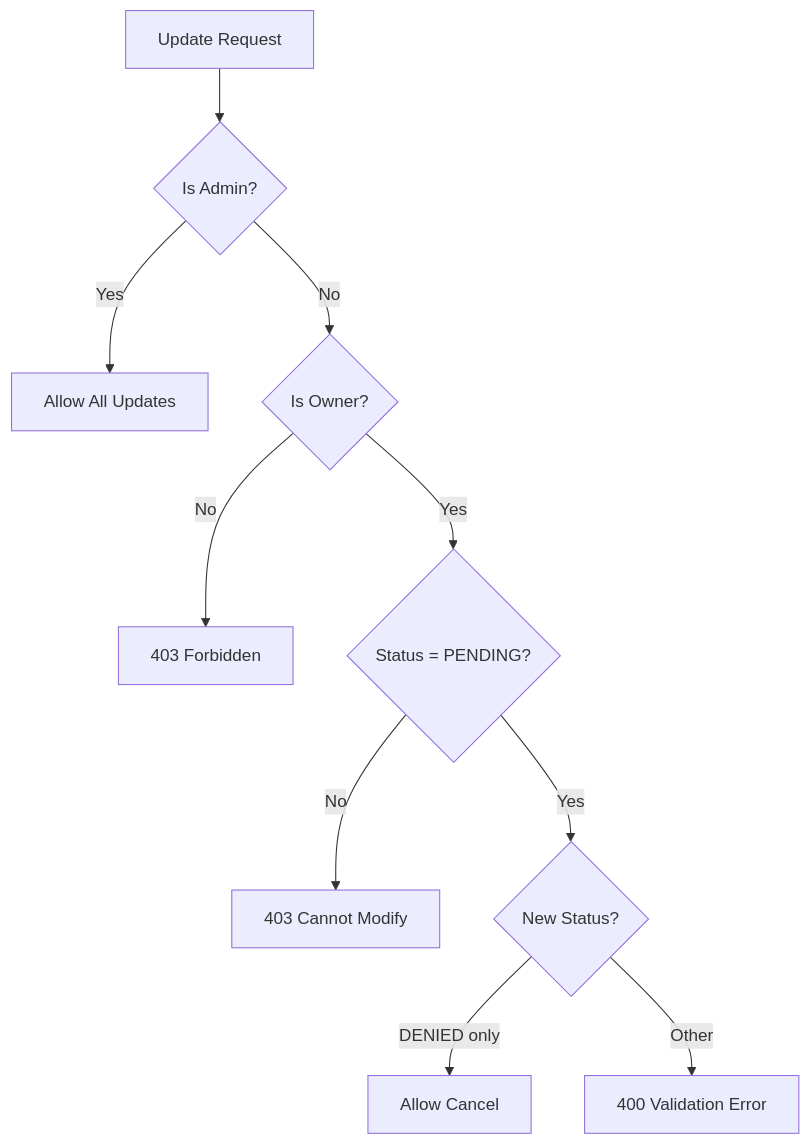
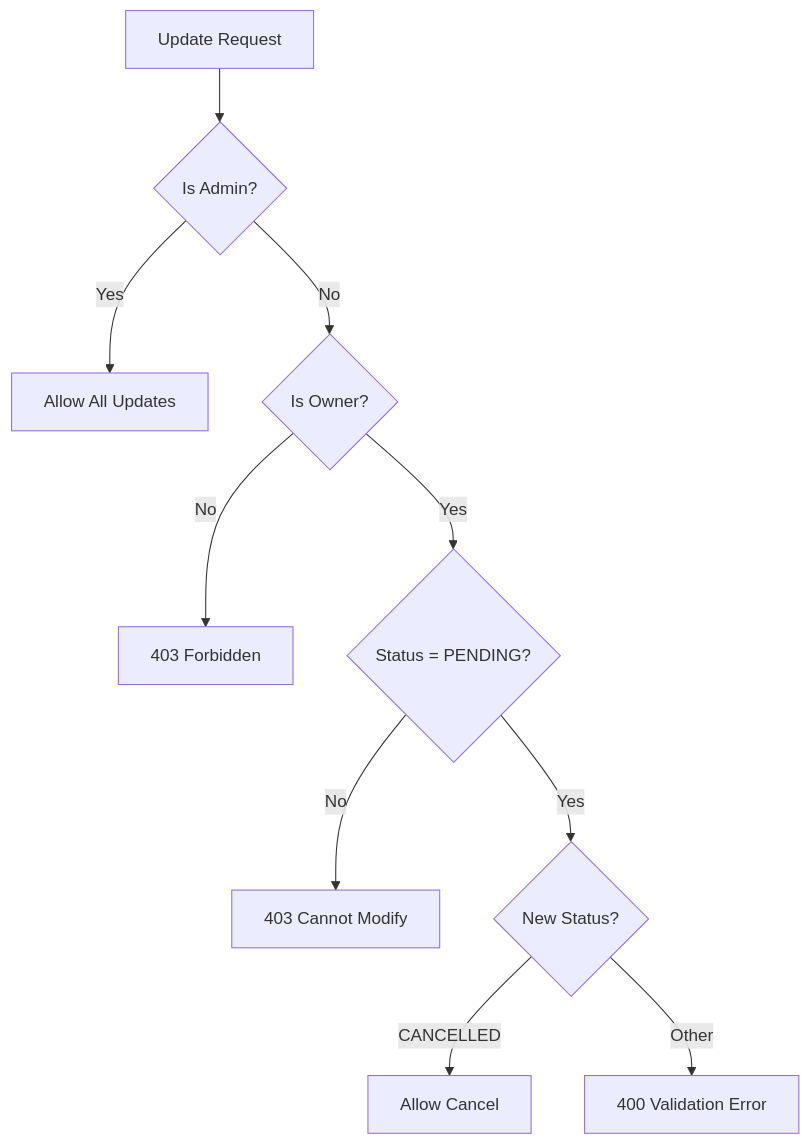
Before and after one commit to AKTK-Bystrze/Magazyn: the third of 3 diagrams in documentation/flows/reservation-flow.md, drawn with Mermaid. The commit also changed other lines of this file and 19 other files, not shown here.

````diff
--- a/documentation/flows/reservation-flow.md
+++ b/documentation/flows/reservation-flow.md
@@ -151,12 +148,12 @@
 ```mermaid
 flowchart TD
     A[Update Request] --> B{Is Admin?}
     B -->|Yes| C[Allow All Updates]
     B -->|No| D{Is Owner?}
     D -->|No| E[403 Forbidden]
     D -->|Yes| F{Status = PENDING?}
     F -->|No| G[403 Cannot Modify]
     F -->|Yes| H{New Status?}
-    H -->|DENIED only| I[Allow Cancel]
+    H -->|CANCELLED| I[Allow Cancel]
     H -->|Other| J[400 Validation Error]
 ```
````
